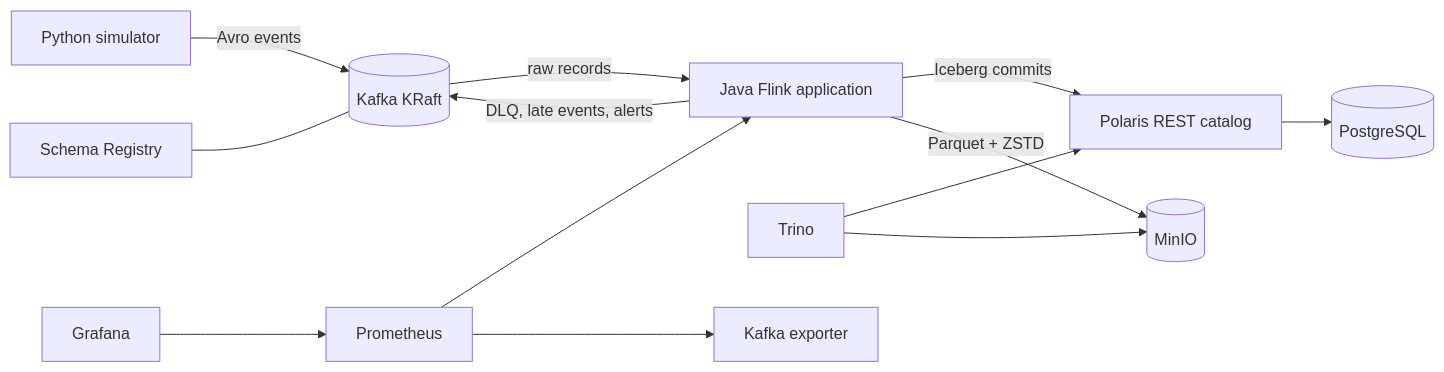
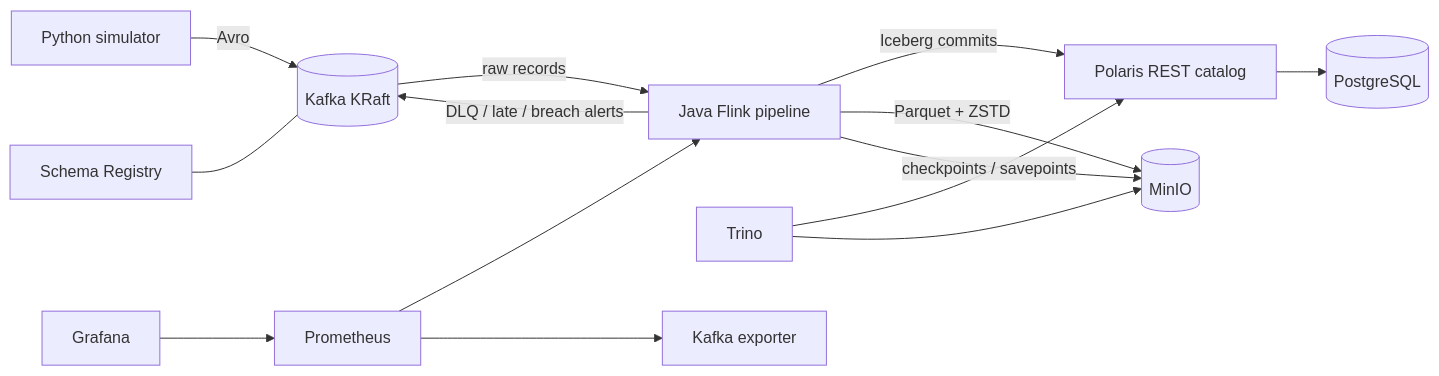
One commit to saadabdullah-15/real-time-cold-chain-lakehouse changed the diagram in README.md. Above: the diagram before and after it, drawn with Mermaid. The commit also changed other lines of this file and 3 other files, not shown here.

````diff
--- a/README.md
+++ b/README.md
@@ -15,15 +36,19 @@
 ```mermaid
 flowchart LR
-    S[Python simulator] -->|Avro events| K[(Kafka KRaft)]
+    SIM[Python simulator] -->|Avro| K[(Kafka KRaft)]
     SR[Schema Registry] --- K
-    K -->|raw records| F[Java Flink application]
-    F -->|DLQ, late events, alerts| K
-    F -->|Iceberg commits| P[Polaris REST catalog]
-    P --> PG[(PostgreSQL)]
+    K -->|raw records| F[Java Flink pipeline]
+
+    F -->|DLQ / late / breach alerts| K
+    F -->|Iceberg commits| PC[Polaris REST catalog]
+    PC --> PG[(PostgreSQL)]
     F -->|Parquet + ZSTD| M[(MinIO)]
-    T[Trino] --> P
+    F -->|checkpoints / savepoints| M
+
+    T[Trino] --> PC
     T --> M
-    PR[Prometheus] --> F
-    PR --> KE[Kafka exporter]
-    G[Grafana] --> PR
+
+    P[Prometheus] --> F
+    P --> KE[Kafka exporter]
+    G[Grafana] --> P
 ```
````
